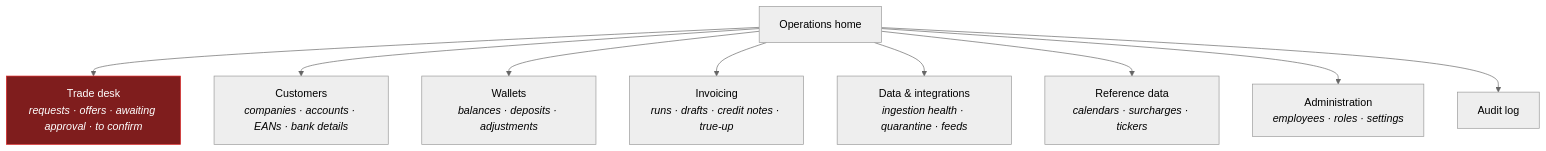
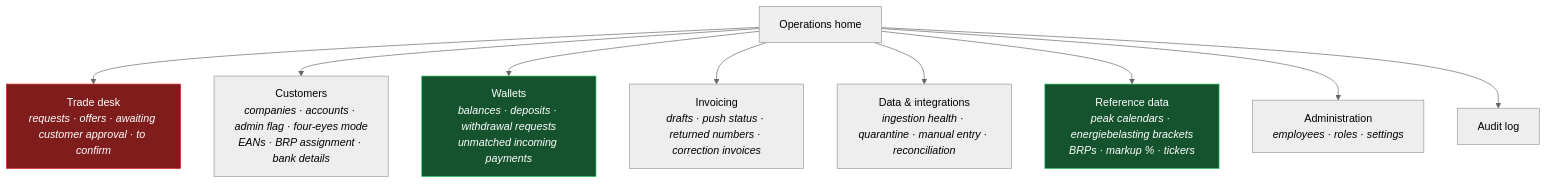
Before and after one commit to lukastosic-ifd/peakpowerspecs: the diagram in specs/10-features/F12-employee-back-office.md, drawn with Mermaid (neutral theme). The commit also changed other lines of this file and 66 other files, not shown here.

````diff
--- a/specs/10-features/F12-employee-back-office.md
+++ b/specs/10-features/F12-employee-back-office.md
@@ -21,15 +64,17 @@
 ```mermaid
 flowchart TB
     HOME["Operations home"]
-    HOME --> DESK["Trade desk<br/><i>requests · offers · awaiting approval · to confirm</i>"]
-    HOME --> CUST["Customers<br/><i>companies · accounts · EANs · bank details</i>"]
-    HOME --> WAL["Wallets<br/><i>balances · deposits · adjustments</i>"]
-    HOME --> INV["Invoicing<br/><i>runs · drafts · credit notes · true-up</i>"]
-    HOME --> DATA["Data & integrations<br/><i>ingestion health · quarantine · feeds</i>"]
-    HOME --> REF["Reference data<br/><i>calendars · surcharges · tickers</i>"]
+    HOME --> DESK["Trade desk<br/><i>requests · offers · awaiting customer approval · to confirm</i>"]
+    HOME --> CUST["Customers<br/><i>companies · accounts · admin flag · four-eyes mode<br/>EANs · BRP assignment · bank details</i>"]
+    HOME --> WAL["Wallets<br/><i>balances · deposits · withdrawal requests<br/>unmatched incoming payments</i>"]
+    HOME --> INV["Invoicing<br/><i>drafts · push status · returned numbers · correction invoices</i>"]
+    HOME --> DATA["Data & integrations<br/><i>ingestion health · quarantine · manual entry · reconciliation</i>"]
+    HOME --> REF["Reference data<br/><i>peak calendars · energiebelasting brackets<br/>BRPs · markup % · tickers</i>"]
     HOME --> ADMIN["Administration<br/><i>employees · roles · settings</i>"]
     HOME --> AUDIT["Audit log"]
 
     classDef hot fill:#7f1d1d,stroke:#dc2626,color:#fff
+    classDef new fill:#14532d,stroke:#22c55e,color:#fff
     class DESK hot
+    class WAL,REF new
 ```
````
